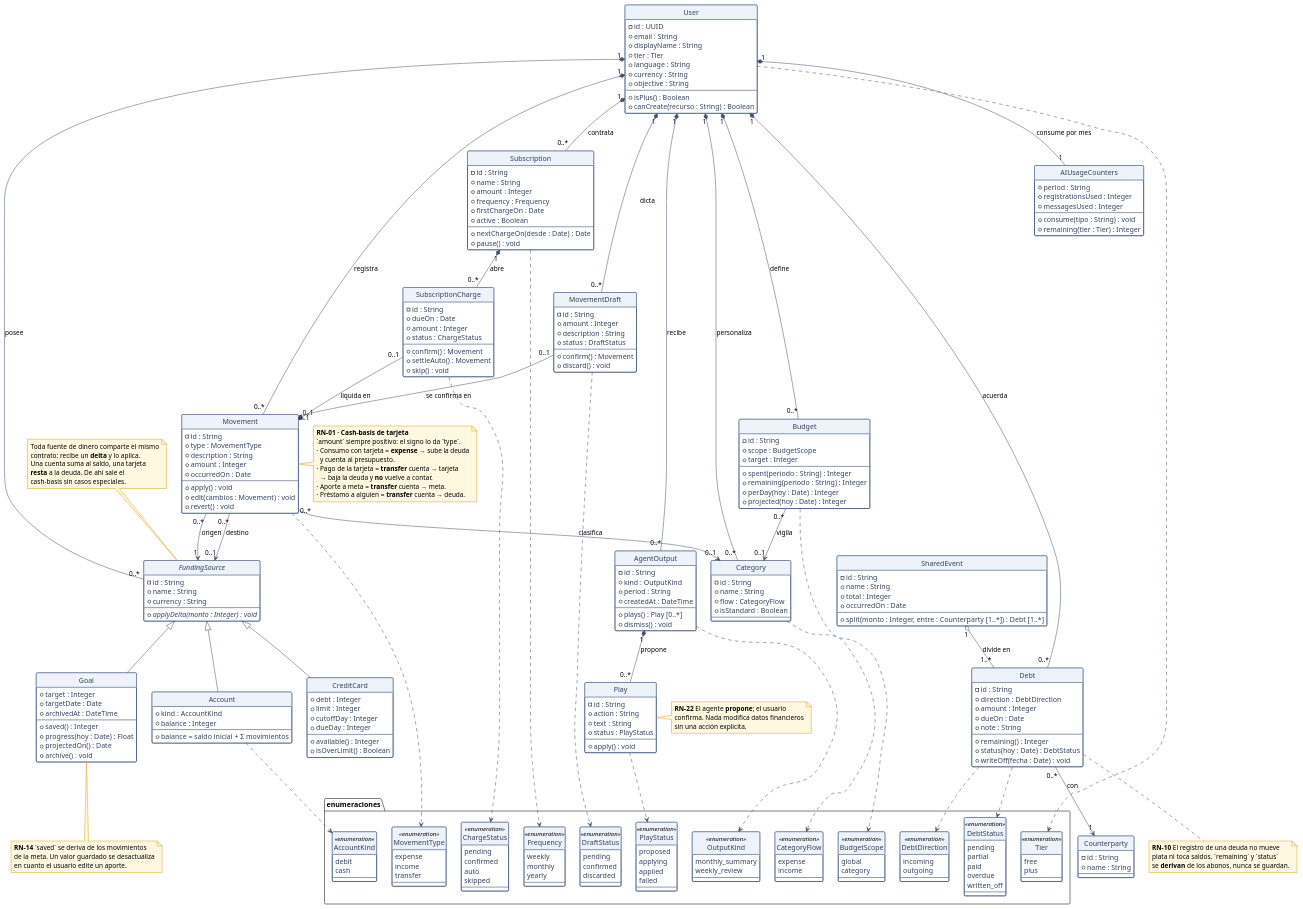
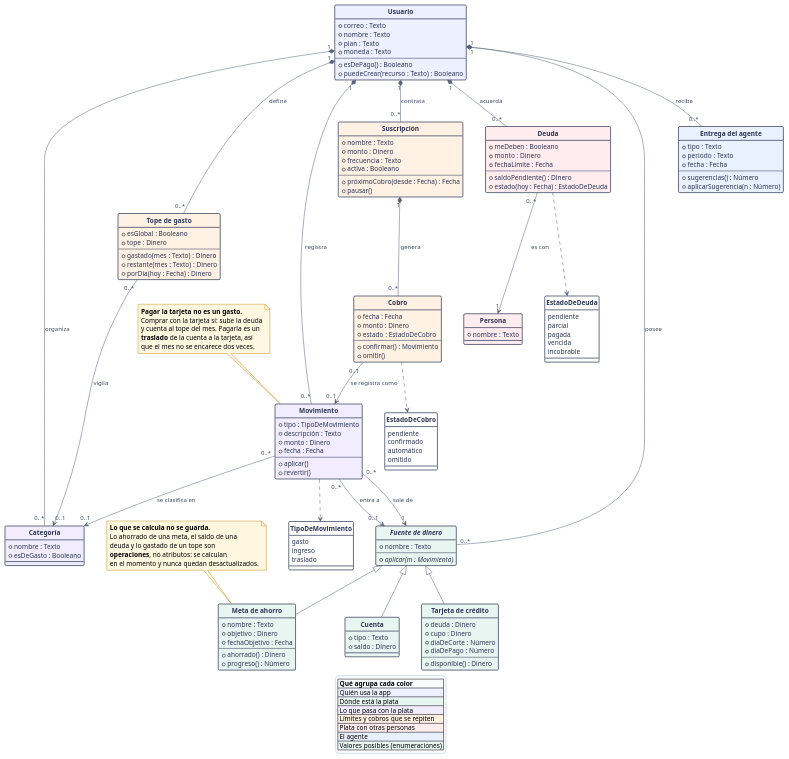
Before and after one commit to Narvaez0993/deshka: the diagram in docs/diagrama-de-clases.puml, drawn with PlantUML. The commit also changed 2 other files, not shown here.

Commit message:
refactor(uml): diagrama de clases en español, acotado a 13 clases
Nombres, atributos, operaciones y tipos en castellano (Texto, Dinero,
Número, Fecha, Booleano). Pasa de 29 a 16 cajas: fuera los objetos de
valor, los derivados y nueve enumeraciones secundarias. Color por área
con leyenda, y dos notas que explican las reglas en lenguaje llano.

```diff
--- a/docs/diagrama-de-clases.puml
+++ b/docs/diagrama-de-clases.puml
@@ -1,348 +1,239 @@
 @startuml diagrama-de-clases
 ' ---------------------------------------------------------------------------
 '  Deshka · Diagrama de clases de diseño
-'  Entregable #1 · Diseño de Sistemas de Información · ITM · 2026
+'  Entregable #1 · Diseño de Sistemas de Información · ITM
 '
-'  Vista general: las entidades del dominio, sus atributos esenciales, las
-'  operaciones que definen su comportamiento y las relaciones entre ellas.
-'  La versión exhaustiva (objetos de valor, derivados y puertos de la
-'  arquitectura hexagonal) está en diagrama-de-clases-detallado.puml
+'  Vista general en español: las trece clases que sostienen el sistema, con
+'  sus atributos, sus operaciones y las relaciones entre ellas.
+'  El color agrupa por área; la leyenda del pie lo explica.
 ' ---------------------------------------------------------------------------
 !theme plain
 skinparam backgroundColor #FFFFFF
 skinparam shadowing false
-skinparam nodesep 30
-skinparam ranksep 55
+skinparam nodesep 45
+skinparam ranksep 65
+skinparam defaultFontSize 14
+skinparam ArrowColor #55607A
+skinparam ArrowFontSize 12
+skinparam ArrowFontColor #3C4661
 skinparam class {
-  BorderColor #1F3864
-  BackgroundColor #FFFFFF
-  HeaderBackgroundColor #EEF2F9
-  ArrowColor #45506B
-  FontColor #14203A
-  AttributeFontColor #33415C
+  BorderColor #2B3554
+  BorderThickness 1.4
+  FontSize 15
+  FontStyle bold
+  FontColor #101828
+  AttributeFontSize 13
+  AttributeFontColor #2B3554
+  HeaderBackgroundColor #FFFFFF
 }
 skinparam enum {
-  BorderColor #0E8A16
-  BackgroundColor #F4FBF5
-  HeaderBackgroundColor #E7F5EA
+  BorderColor #1F7A63
+  BackgroundColor #EAF7F2
+  FontSize 14
+  AttributeFontSize 13
 }
 skinparam note {
-  BackgroundColor #FFF8E1
-  BorderColor #D4A017
+  BackgroundColor #FFF7E0
+  BorderColor #C9922A
+  FontSize 13
+}
+skinparam legend {
+  BackgroundColor #FBFCFE
+  BorderColor #B8C0D0
+  FontSize 13
 }
 hide circle
 
-class User {
-  - id : UUID
-  + email : String
-  + displayName : String
-  + tier : Tier
-  + language : String
-  + currency : String
-  + objective : String
+' ===========================================================================
+class "Usuario" as Usuario #EDF0FF {
+  + correo : Texto
+  + nombre : Texto
+  + plan : Texto
+  + moneda : Texto
   --
-  + isPlus() : Boolean
-  + canCreate(recurso : String) : Boolean
+  + esDePago() : Booleano
+  + puedeCrear(recurso : Texto) : Booleano
 }
 
-abstract class FundingSource {
-  - id : String
-  + name : String
-  + currency : String
+abstract class "Fuente de dinero" as Fuente #E8F6F1 {
+  + nombre : Texto
   --
-  + {abstract} applyDelta(monto : Integer) : void
+  + {abstract} aplicar(m : Movimiento)
 }
 
-class Account {
-  + kind : AccountKind
-  + balance : Integer
-  --
-  + balance = saldo inicial + Σ movimientos
+class "Cuenta" as Cuenta #E8F6F1 {
+  + tipo : Texto
+  + saldo : Dinero
 }
 
-class CreditCard {
-  + debt : Integer
-  + limit : Integer
-  + cutoffDay : Integer
-  + dueDay : Integer
+class "Tarjeta de crédito" as Tarjeta #E8F6F1 {
+  + deuda : Dinero
+  + cupo : Dinero
+  + díaDeCorte : Número
+  + díaDePago : Número
   --
-  + available() : Integer
-  + isOverLimit() : Boolean
+  + disponible() : Dinero
 }
 
-class Goal {
-  + target : Integer
-  + targetDate : Date
-  + archivedAt : DateTime
+class "Meta de ahorro" as Meta #E8F6F1 {
+  + nombre : Texto
+  + objetivo : Dinero
+  + fechaObjetivo : Fecha
   --
-  + saved() : Integer
-  + progress(hoy : Date) : Float
-  + projectedOn() : Date
-  + archive() : void
+  + ahorrado() : Dinero
+  + progreso() : Número
 }
 
-class Movement {
-  - id : String
-  + type : MovementType
-  + description : String
-  + amount : Integer
-  + occurredOn : Date
+class "Movimiento" as Movimiento #F2ECFF {
+  + tipo : TipoDeMovimiento
+  + descripción : Texto
+  + monto : Dinero
+  + fecha : Fecha
   --
-  + apply() : void
-  + edit(cambios : Movement) : void
-  + revert() : void
+  + aplicar()
+  + revertir()
 }
 
-class Category {
-  - id : String
-  + name : String
-  + flow : CategoryFlow
-  + isStandard : Boolean
+class "Categoría" as Categoria #F2ECFF {
+  + nombre : Texto
+  + esDeGasto : Booleano
 }
 
-class Budget {
-  - id : String
-  + scope : BudgetScope
-  + target : Integer
+class "Tope de gasto" as Tope #FFF1E3 {
+  + esGlobal : Booleano
+  + tope : Dinero
   --
-  + spent(periodo : String) : Integer
-  + remaining(periodo : String) : Integer
-  + perDay(hoy : Date) : Integer
-  + projected(hoy : Date) : Integer
+  + gastado(mes : Texto) : Dinero
+  + restante(mes : Texto) : Dinero
+  + porDía(hoy : Fecha) : Dinero
 }
 
-class Subscription {
-  - id : String
-  + name : String
-  + amount : Integer
-  + frequency : Frequency
-  + firstChargeOn : Date
-  + active : Boolean
+class "Suscripción" as Suscripcion #FFF1E3 {
+  + nombre : Texto
+  + monto : Dinero
+  + frecuencia : Texto
+  + activa : Booleano
   --
-  + nextChargeOn(desde : Date) : Date
-  + pause() : void
+  + próximoCobro(desde : Fecha) : Fecha
+  + pausar()
 }
 
-class SubscriptionCharge {
-  - id : String
-  + dueOn : Date
-  + amount : Integer
-  + status : ChargeStatus
+class "Cobro" as Cobro #FFF1E3 {
+  + fecha : Fecha
+  + monto : Dinero
+  + estado : EstadoDeCobro
   --
-  + confirm() : Movement
-  + settleAuto() : Movement
-  + skip() : void
+  + confirmar() : Movimiento
+  + omitir()
 }
 
-class Debt {
-  - id : String
-  + direction : DebtDirection
-  + amount : Integer
-  + dueOn : Date
-  + note : String
+class "Deuda" as Deuda #FFECEF {
+  + meDeben : Booleano
+  + monto : Dinero
+  + fechaLímite : Fecha
   --
-  + remaining() : Integer
-  + status(hoy : Date) : DebtStatus
-  + writeOff(fecha : Date) : void
+  + saldoPendiente() : Dinero
+  + estado(hoy : Fecha) : EstadoDeDeuda
 }
 
-class Counterparty {
-  - id : String
-  + name : String
+class "Persona" as Persona #FFECEF {
+  + nombre : Texto
 }
 
-class SharedEvent {
-  - id : String
-  + name : String
-  + total : Integer
-  + occurredOn : Date
+class "Entrega del agente" as Entrega #E9F1FF {
+  + tipo : Texto
+  + periodo : Texto
+  + fecha : Fecha
   --
-  + split(monto : Integer, entre : Counterparty [1..*]) : Debt [1..*]
+  + sugerencias() : Número
+  + aplicarSugerencia(n : Número)
 }
 
-class AgentOutput {
-  - id : String
-  + kind : OutputKind
-  + period : String
-  + createdAt : DateTime
-  --
-  + plays() : Play [0..*]
-  + dismiss() : void
+' ===========================================================================
+enum "TipoDeMovimiento" as TipoMov {
+  gasto
+  ingreso
+  traslado
 }
 
-class Play {
-  - id : String
-  + action : String
-  + text : String
-  + status : PlayStatus
-  --
-  + apply() : void
+enum "EstadoDeCobro" as EstadoCobro {
+  pendiente
+  confirmado
+  automático
+  omitido
 }
 
-class MovementDraft {
-  - id : String
-  + amount : Integer
-  + description : String
-  + status : DraftStatus
-  --
-  + confirm() : Movement
-  + discard() : void
+enum "EstadoDeDeuda" as EstadoDeuda {
+  pendiente
+  parcial
+  pagada
+  vencida
+  incobrable
 }
 
-class AIUsageCounters {
-  + period : String
-  + registrationsUsed : Integer
-  + messagesUsed : Integer
-  --
-  + consume(tipo : String) : void
-  + remaining(tier : Tier) : Integer
-}
+' ===========================================================================
+' Herencia: los tres lugares donde puede estar la plata
+' ===========================================================================
+Fuente <|-- Cuenta
+Fuente <|-- Tarjeta
+Fuente <|-- Meta
 
-package "enumeraciones" as P_ENUM {
-  enum MovementType <<enumeration>> {
-    expense
-    income
-    transfer
-  }
-  enum AccountKind <<enumeration>> {
-    debit
-    cash
-  }
-  enum CategoryFlow <<enumeration>> {
-    expense
-    income
-  }
-  enum BudgetScope <<enumeration>> {
-    global
-    category
-  }
-  enum Frequency <<enumeration>> {
-    weekly
-    monthly
-    yearly
-  }
-  enum ChargeStatus <<enumeration>> {
-    pending
-    confirmed
-    auto
-    skipped
-  }
-  enum DebtDirection <<enumeration>> {
-    incoming
-    outgoing
-  }
-  enum DebtStatus <<enumeration>> {
-    pending
-    partial
-    paid
-    overdue
-    written_off
-  }
-  enum DraftStatus <<enumeration>> {
-    pending
-    confirmed
-    discarded
-  }
-  enum PlayStatus <<enumeration>> {
-    proposed
-    applying
-    applied
-    failed
-  }
-  enum OutputKind <<enumeration>> {
-    monthly_summary
-    weekly_review
-  }
-  enum Tier <<enumeration>> {
-    free
-    plus
-  }
-}
+' ===========================================================================
+' El usuario es dueño de todo lo suyo
+' ===========================================================================
+Usuario "1" *-- "0..*" Fuente : posee
+Usuario "1" *-- "0..*" Movimiento : registra
+Usuario "1" *-- "0..*" Categoria : organiza
+Usuario "1" *-- "0..*" Tope : define
+Usuario "1" *-- "0..*" Suscripcion : contrata
+Usuario "1" *-- "0..*" Deuda : acuerda
+Usuario "1" *-- "0..*" Entrega : recibe
 
-' --- herencia ---------------------------------------------------------------
-FundingSource <|-- Account
-FundingSource <|-- CreditCard
-FundingSource <|-- Goal
+' ===========================================================================
+' Cómo se mueve la plata
+' ===========================================================================
+Movimiento "0..*" --> "1" Fuente : sale de
+Movimiento "0..*" --> "0..1" Fuente : entra a
+Movimiento "0..*" --> "0..1" Categoria : se clasifica en
+Tope "0..*" --> "0..1" Categoria : vigila
+Suscripcion "1" *-- "0..*" Cobro : genera
+Cobro "0..1" --> "0..1" Movimiento : se registra como
+Deuda "0..*" --> "1" Persona : es con
 
-' --- el usuario es dueño de todo --------------------------------------------
-User "1" *-- "0..*" FundingSource : posee
-User "1" *-- "0..*" Movement : registra
-User "1" *-- "0..*" Category : personaliza
-User "1" *-- "0..*" Budget : define
-User "1" *-- "0..*" Subscription : contrata
-User "1" *-- "0..*" Debt : acuerda
-User "1" *-- "0..*" AgentOutput : recibe
-User "1" *-- "1" AIUsageCounters : consume por mes
+Movimiento ..> TipoMov
+Cobro ..> EstadoCobro
+Deuda ..> EstadoDeuda
 
-' --- el libro mayor ---------------------------------------------------------
-Movement "0..*" --> "1" FundingSource : origen
-Movement "0..*" --> "0..1" FundingSource : destino
-Movement "0..*" --> "0..1" Category : clasifica
-Movement ..> MovementType
-User ..> Tier
-Account ..> AccountKind
-Category ..> CategoryFlow
-Budget ..> BudgetScope
-Subscription ..> Frequency
-SubscriptionCharge ..> ChargeStatus
-Debt ..> DebtDirection
-Debt ..> DebtStatus
-MovementDraft ..> DraftStatus
-Play ..> PlayStatus
-AgentOutput ..> OutputKind
+' ===========================================================================
+note as N1
+  **Pagar la tarjeta no es un gasto.**
+  Comprar con la tarjeta sí: sube la deuda
+  y cuenta al tope del mes. Pagarla es un
+  **traslado** de la cuenta a la tarjeta, así
+  que el mes no se encarece dos veces.
+end note
+N1 .. Movimiento
 
-' --- presupuestos -----------------------------------------------------------
-Budget "0..*" --> "0..1" Category : vigila
+note as N2
+  **Lo que se calcula no se guarda.**
+  Lo ahorrado de una meta, el saldo de una
+  deuda y lo gastado de un tope son
+  **operaciones**, no atributos: se calculan
+  en el momento y nunca quedan desactualizados.
+end note
+N2 .. Meta
 
-' --- suscripciones ----------------------------------------------------------
-Subscription "1" *-- "0..*" SubscriptionCharge : abre
-SubscriptionCharge "0..1" --> "0..1" Movement : liquida en
+legend bottom
+  |= Qué agrupa cada color |
+  |<#EDF0FF> Quién usa la app |
+  |<#E8F6F1> Dónde está la plata |
+  |<#F2ECFF> Lo que pasa con la plata |
+  |<#FFF1E3> Límites y cobros que se repiten |
+  |<#FFECEF> Plata con otras personas |
+  |<#E9F1FF> El agente |
+  |<#EAF7F2> Valores posibles (enumeraciones) |
+endlegend
 
-' --- deudas -----------------------------------------------------------------
-Debt "0..*" --> "1" Counterparty : con
-SharedEvent "1" o-- "1..*" Debt : divide en
-
-' --- el agente --------------------------------------------------------------
-AgentOutput "1" *-- "0..*" Play : propone
-MovementDraft "0..1" --> "0..1" Movement : se confirma en
-User "1" *-- "0..*" MovementDraft : dicta
-
-' --- notas ------------------------------------------------------------------
-note top of FundingSource
-  Toda fuente de dinero comparte el mismo
-  contrato: recibe un **delta** y lo aplica.
-  Una cuenta suma al saldo, una tarjeta
-  **resta** a la deuda. De ahí sale el
-  cash-basis sin casos especiales.
-end note
-
-note right of Movement
-  **RN-01 · Cash-basis de tarjeta**
-  `amount` siempre positivo: el signo lo da `type`.
-  · Consumo con tarjeta = **expense** → sube la deuda
-    y cuenta al presupuesto.
-  · Pago de la tarjeta = **transfer** cuenta → tarjeta
-    → baja la deuda y **no** vuelve a contar.
-  · Aporte a meta = **transfer** cuenta → meta.
-  · Préstamo a alguien = **transfer** cuenta → deuda.
-end note
-
-note bottom of Debt
-  **RN-10** El registro de una deuda no mueve
-  plata ni toca saldos. `remaining` y `status`
-  se **derivan** de los abonos, nunca se guardan.
-end note
-
-note bottom of Goal
-  **RN-14** `saved` se deriva de los movimientos
-  de la meta. Un valor guardado se desactualiza
-  en cuanto el usuario edite un aporte.
-end note
-
-note right of Play
-  **RN-22** El agente **propone**; el usuario
-  confirma. Nada modifica datos financieros
-  sin una acción explícita.
-end note
-
+' Tipos usados: Texto · Dinero (entero en la unidad menor de la moneda) ·
+' Número · Fecha · Booleano
 @enduml
```
